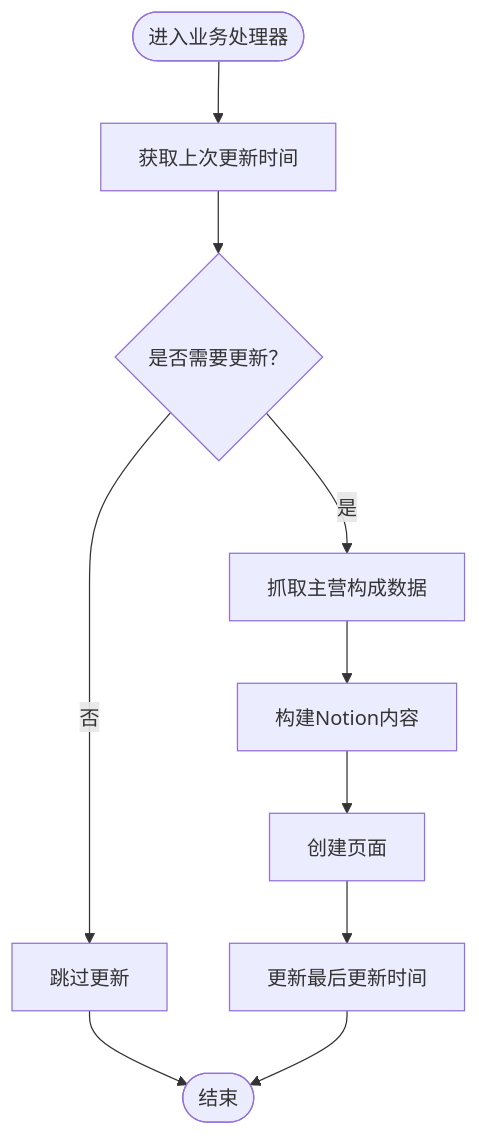
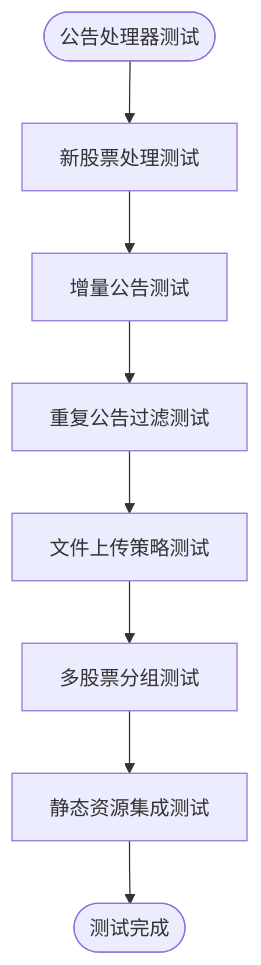
One commit to iverwong/DataLife changed the third of 6 diagrams in .qoder/repowiki/zh/content/测试策略/测试策略.md. Above: the diagram before and after it, drawn with Mermaid. The commit also changed other lines of this file and 6 other files, not shown here.

````diff
--- a/.qoder/repowiki/zh/content/测试策略/测试策略.md
+++ b/.qoder/repowiki/zh/content/测试策略/测试策略.md
@@ -187,12 +165,10 @@
 ```mermaid
 flowchart TD
-StartB(["进入业务处理器"]) --> GetLast["获取上次更新时间"]
-GetLast --> NeedUpdate{"是否需要更新？"}
-NeedUpdate --> |否| Skip["跳过更新"]
-NeedUpdate --> |是| FetchBiz["抓取主营构成数据"]
-FetchBiz --> BuildContent["构建Notion内容"]
-BuildContent --> CreatePage["创建页面"]
-CreatePage --> UpdateTime["更新最后更新时间"]
-Skip --> EndB(["结束"])
-UpdateTime --> EndB
+Start(["公告处理器测试"]) --> NewStock["新股票处理测试"]
+NewStock --> Incremental["增量公告测试"]
+Incremental --> Duplicate["重复公告过滤测试"]
+Duplicate --> UploadStrategy["文件上传策略测试"]
+UploadStrategy --> MultiStock["多股票分组测试"]
+MultiStock --> StaticResource["静态资源集成测试"]
+StaticResource --> End(["测试完成"])
 ```
````
